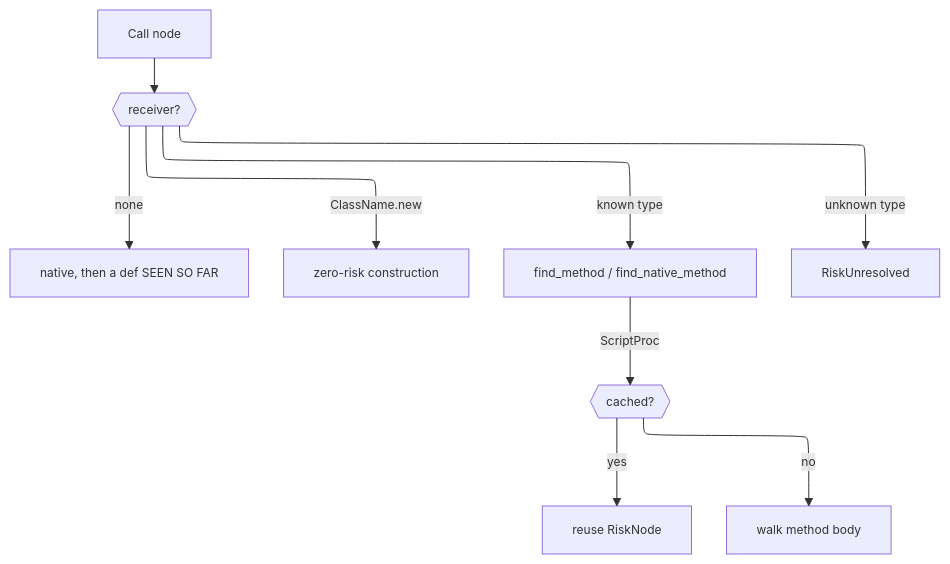
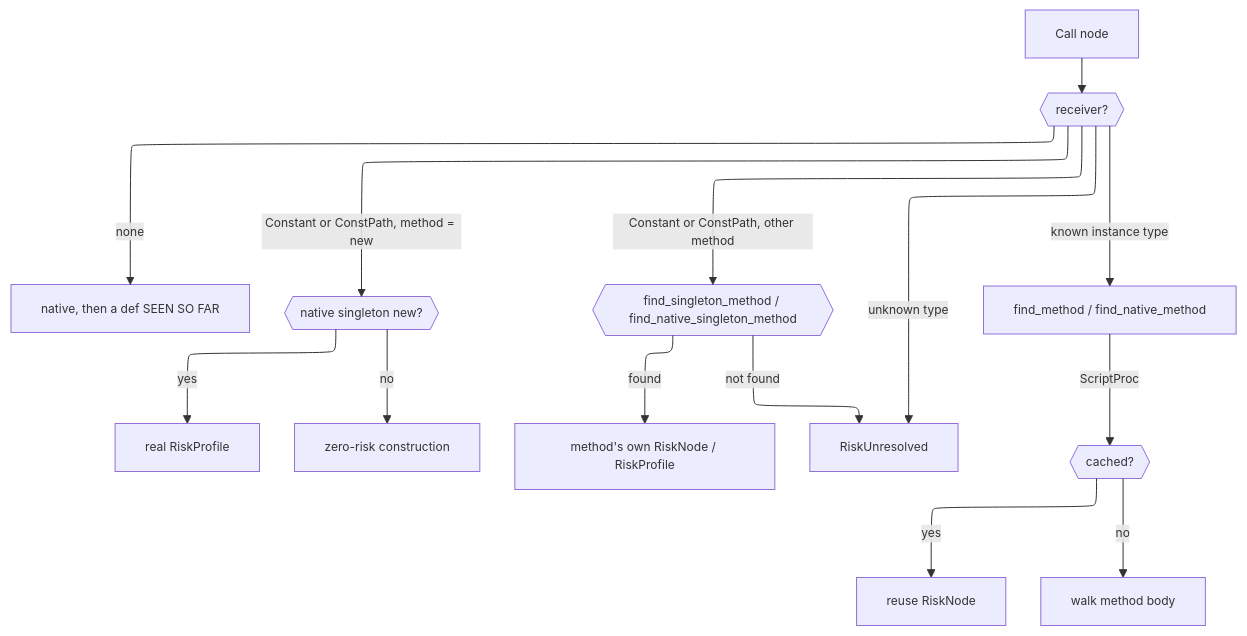
Before and after one commit to ModelArmy/adjutant.cr: diagram 12 of 12 in DEVELOPMENT.md, drawn with Mermaid. The commit also changed other lines of this file and 15 other files, not shown here.

````diff
--- a/DEVELOPMENT.md
+++ b/DEVELOPMENT.md
@@ -464,18 +491,23 @@
 ```mermaid
 ---
 displayMode: compact
 config:
   layout: elk
   themeVariables:
     fontSize: 12px
 ---
 flowchart TD
     Call[Call node] --> Recv{{receiver?}}
     Recv -->|none| GlobalLookup["native, then a def SEEN SO FAR"]
-    Recv -->|ClassName.new| Ctor[zero-risk construction]
-    Recv -->|known type| ClassLookup["find_method / find_native_method"]
+    Recv -->|Constant or ConstPath, method = new| Ctor{{native singleton new?}}
+    Ctor -->|yes| CtorRisk[real RiskProfile]
+    Ctor -->|no| CtorZero[zero-risk construction]
+    Recv -->|Constant or ConstPath, other method| SingLookup{{find_singleton_method / find_native_singleton_method}}
+    SingLookup -->|found| SingRisk[method's own RiskNode / RiskProfile]
+    SingLookup -->|not found| Unresolved
+    Recv -->|known instance type| ClassLookup["find_method / find_native_method"]
     Recv -->|unknown type| Unresolved[RiskUnresolved]
     ClassLookup -->|ScriptProc| Memo{{cached?}}
     Memo -->|yes| Cached[reuse RiskNode]
     Memo -->|no| WalkBody[walk method body]
 ```
````
